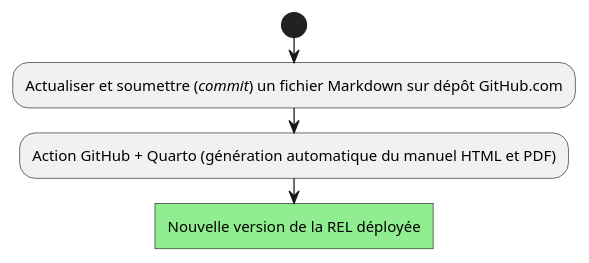
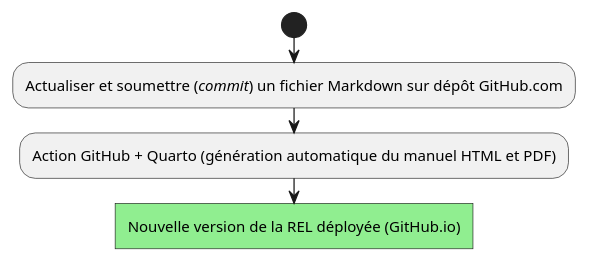
One commit to fuhrmanator/log210-ndc-quarto changed the fourth of 4 diagrams in presentations/vitrine-rel/open-source-tools-fabriqueREL2023.qmd. Above: the diagram before and after it, drawn with PlantUML. The commit also changed other lines of this file and 1 other file, not shown here.

````diff
--- a/presentations/vitrine-rel/open-source-tools-fabriqueREL2023.qmd
+++ b/presentations/vitrine-rel/open-source-tools-fabriqueREL2023.qmd
@@ -268,7 +289,7 @@
 ```{.plantuml}
 skinparam backgroundcolor transparent
 start
 :Actualiser et soumettre (//commit//) un fichier Markdown sur dépôt GitHub.com;
 :Action GitHub + Quarto (génération automatique du manuel HTML et PDF);
-#lightgreen:Nouvelle version de la REL déployée]
+#lightgreen:Nouvelle version de la REL déployée (GitHub.io)]
 ```
````
